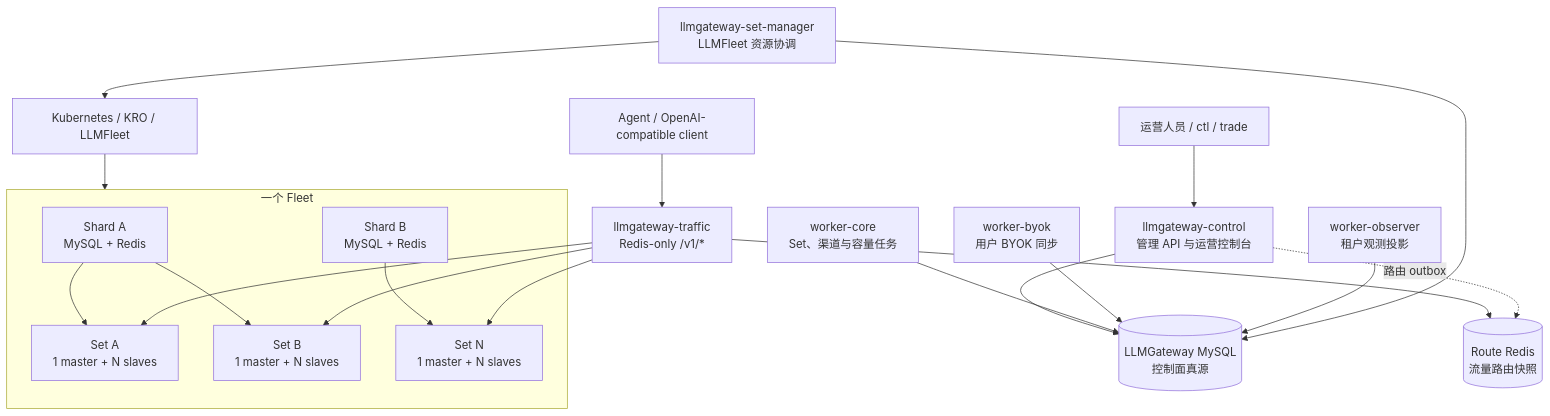
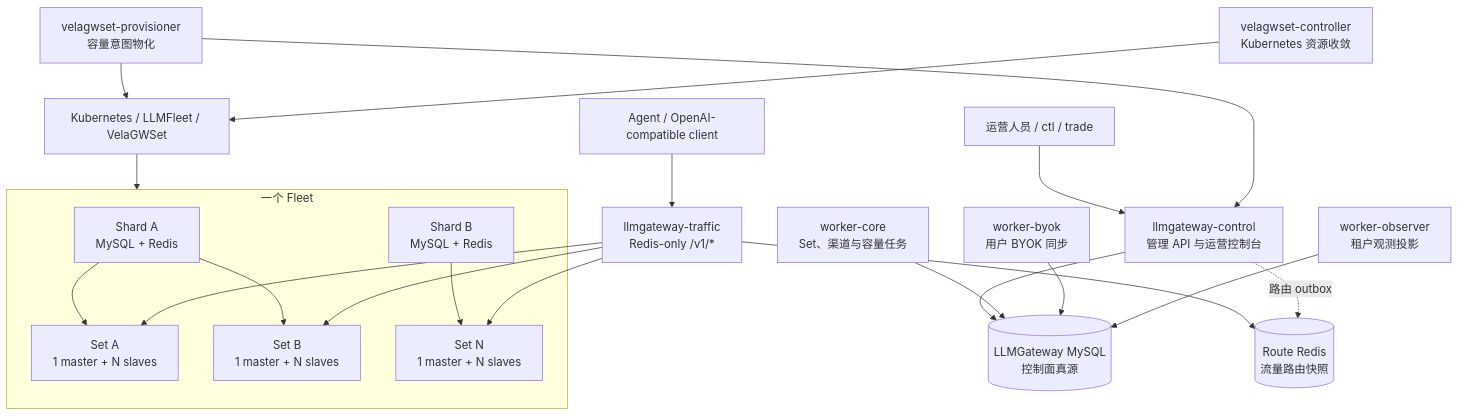
Before and after one commit to opencraft-app/opencraft: the first of 2 diagrams in velagw/README.md, drawn with Mermaid. The commit also changed other lines of this file and 70 other files, not shown here.

Commit message:
feat(velagw): adopt VelaGWSet controller in Shanghai

````diff
--- a/velagw/README.md
+++ b/velagw/README.md
@@ -16,43 +16,45 @@
 ```mermaid
 flowchart TB
     operator["运营人员 / ctl / trade"]
     caller["Agent / OpenAI-compatible client"]
 
     control["llmgateway-control<br/>管理 API 与运营控制台"]
     coreWorker["worker-core<br/>Set、渠道与容量任务"]
     byokWorker["worker-byok<br/>用户 BYOK 同步"]
     observerWorker["worker-observer<br/>租户观测投影"]
-    setManager["llmgateway-set-manager<br/>LLMFleet 资源协调"]
+    provisioner["velagwset-provisioner<br/>容量意图物化"]
+    setController["velagwset-controller<br/>Kubernetes 资源收敛"]
     traffic["llmgateway-traffic<br/>Redis-only /v1/*"]
 
     mysql[("LLMGateway MySQL<br/>控制面真源")]
     redis[("Route Redis<br/>流量路由快照")]
-    kube["Kubernetes / KRO / LLMFleet"]
+    kube["Kubernetes / LLMFleet / VelaGWSet"]
 
     subgraph fleet["一个 Fleet"]
         shardA["Shard A<br/>MySQL + Redis"]
         shardB["Shard B<br/>MySQL + Redis"]
         setA["Set A<br/>1 master + N slaves"]
         setB["Set B<br/>1 master + N slaves"]
         setN["Set N<br/>1 master + N slaves"]
         shardA --> setA
         shardA --> setB
         shardB --> setN
     end
 
     operator --> control
     control --> mysql
     coreWorker --> mysql
     byokWorker --> mysql
     observerWorker --> mysql
-    setManager --> mysql
-    setManager --> kube
+    provisioner --> control
+    provisioner --> kube
+    setController --> kube
     kube --> fleet
 
     caller --> traffic
     traffic --> redis
     traffic --> setA
     traffic --> setB
     traffic --> setN
     control -. "路由 outbox" .-> redis
 ```
````
